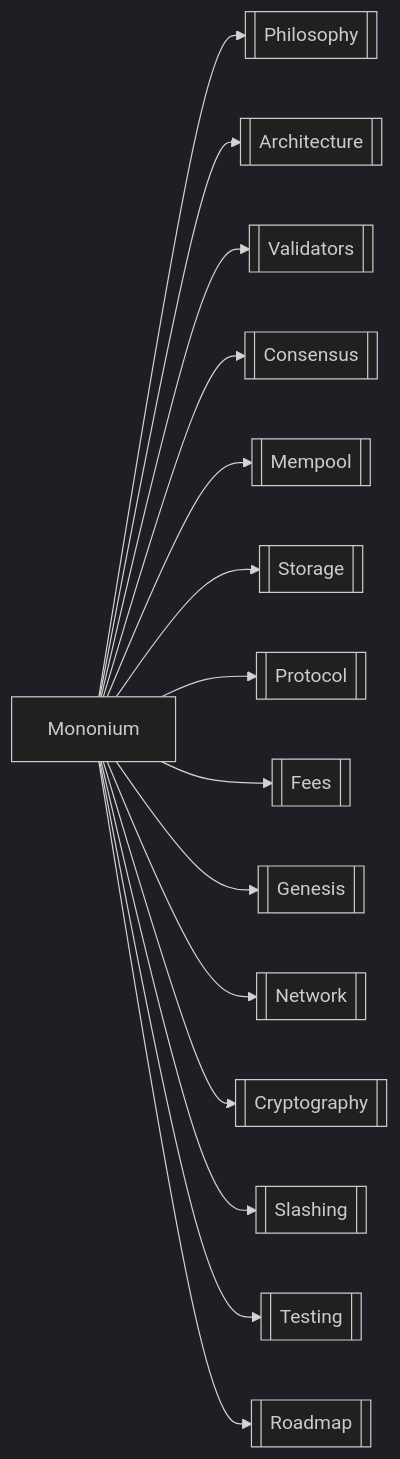
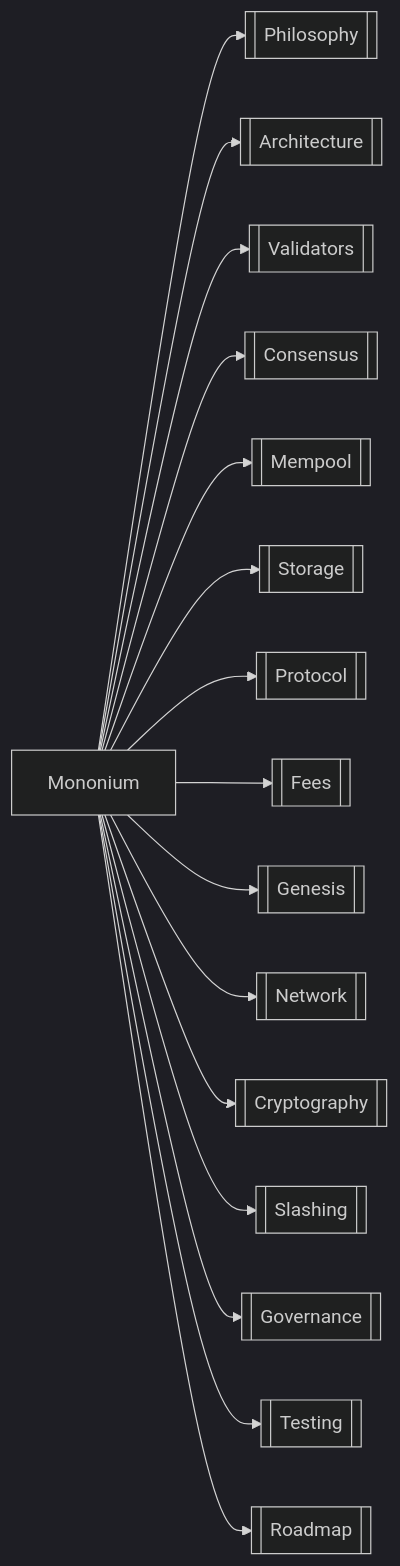
Before and after one commit to Monbuticloud/mononium: the diagram in docs/plans/V0.6.0/Mainflow.md, drawn with Mermaid (dark theme). The commit also changed other lines of this file and 21 other files, not shown here.

````diff
--- a/docs/plans/V0.6.0/Mainflow.md
+++ b/docs/plans/V0.6.0/Mainflow.md
@@ -9,17 +9,18 @@
 ```mermaid
 graph LR
     A[Mononium] --> B[[Philosophy]]
     A --> C[[Architecture]]
     A --> D[[Validators]]
     A --> E[[Consensus]]
     A --> EE[[Mempool]]
     A --> F[[Storage]]
     A --> G[[Protocol]]
     A --> GG[[Fees]]
     A --> GGG[[Genesis]]
     A --> H[[Network]]
     A --> I[[Cryptography]]
     A --> II[[Slashing]]
+    A --> III[[Governance]]
     A --> J[[Testing]]
     A --> K[[Roadmap]]
 ```
````
